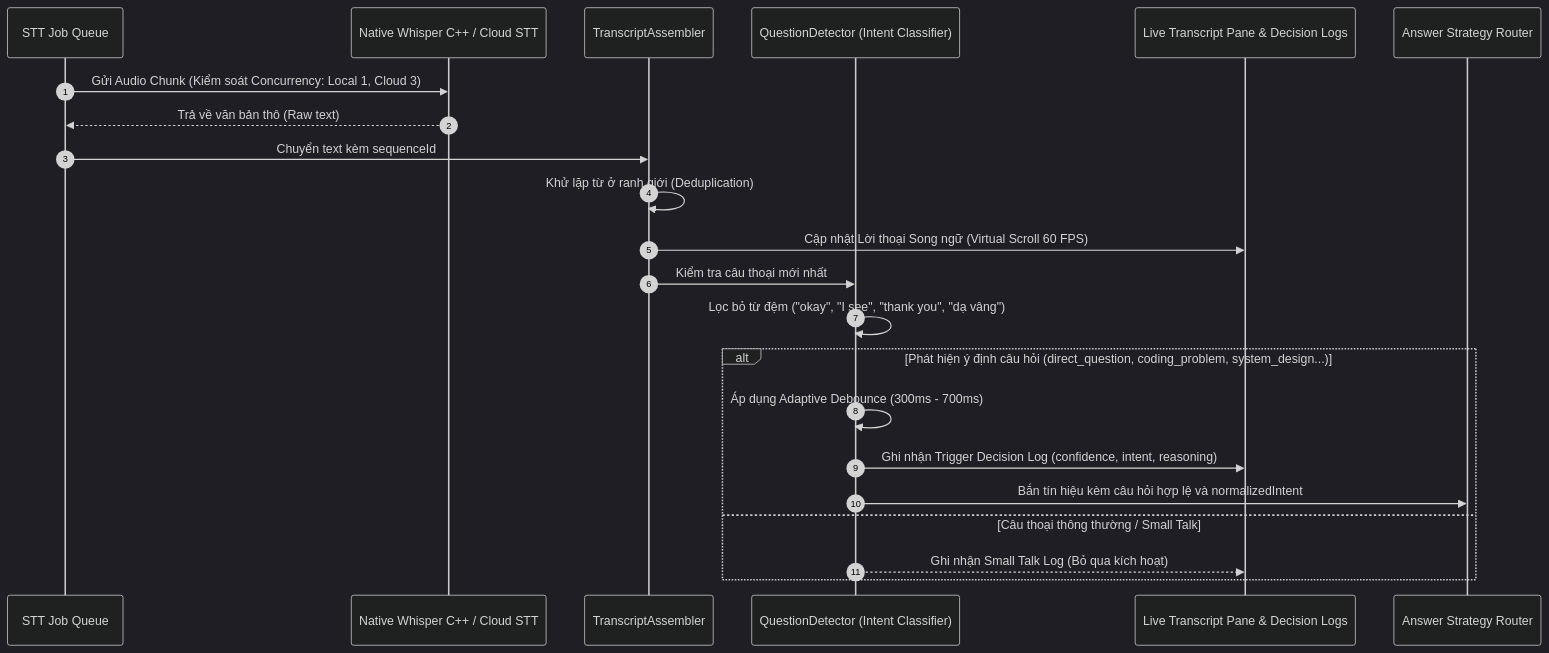
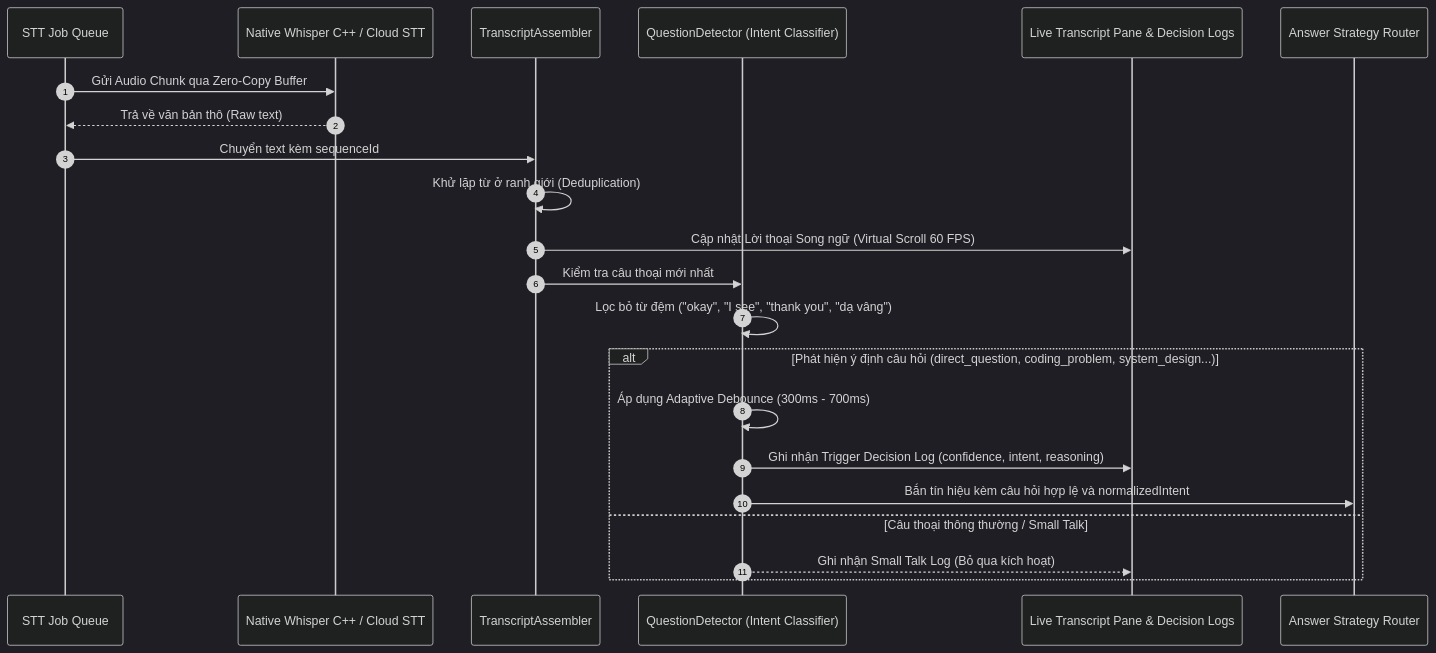
Before and after one commit to hoanglong2206/Election-Demo: the second of 6 diagrams in README.md, drawn with Mermaid (dark theme). The commit also changed other lines of this file, not shown here.

````diff
--- a/README.md
+++ b/README.md
@@ -384,25 +324,25 @@
 ```mermaid
 sequenceDiagram
     autonumber
     participant Queue as STT Job Queue
     participant Worker as Native Whisper C++ / Cloud STT
     participant Assembler as TranscriptAssembler
     participant Detector as QuestionDetector (Intent Classifier)
     participant UI as Live Transcript Pane & Decision Logs
     participant Router as Answer Strategy Router
 
-    Queue->>Worker: Gửi Audio Chunk (Kiểm soát Concurrency: Local 1, Cloud 3)
+    Queue->>Worker: Gửi Audio Chunk qua Zero-Copy Buffer
     Worker-->>Queue: Trả về văn bản thô (Raw text)
     Queue->>Assembler: Chuyển text kèm sequenceId
     Assembler->>Assembler: Khử lặp từ ở ranh giới (Deduplication)
     Assembler->>UI: Cập nhật Lời thoại Song ngữ (Virtual Scroll 60 FPS)
     Assembler->>Detector: Kiểm tra câu thoại mới nhất
     Detector->>Detector: Lọc bỏ từ đệm ("okay", "I see", "thank you", "dạ vâng")
     alt Phát hiện ý định câu hỏi (direct_question, coding_problem, system_design...)
         Detector->>Detector: Áp dụng Adaptive Debounce (300ms - 700ms)
         Detector->>UI: Ghi nhận Trigger Decision Log (confidence, intent, reasoning)
         Detector->>Router: Bắn tín hiệu kèm câu hỏi hợp lệ và normalizedIntent
     else Câu thoại thông thường / Small Talk
         Detector-->>UI: Ghi nhận Small Talk Log (Bỏ qua kích hoạt)
     end
 ```
````
